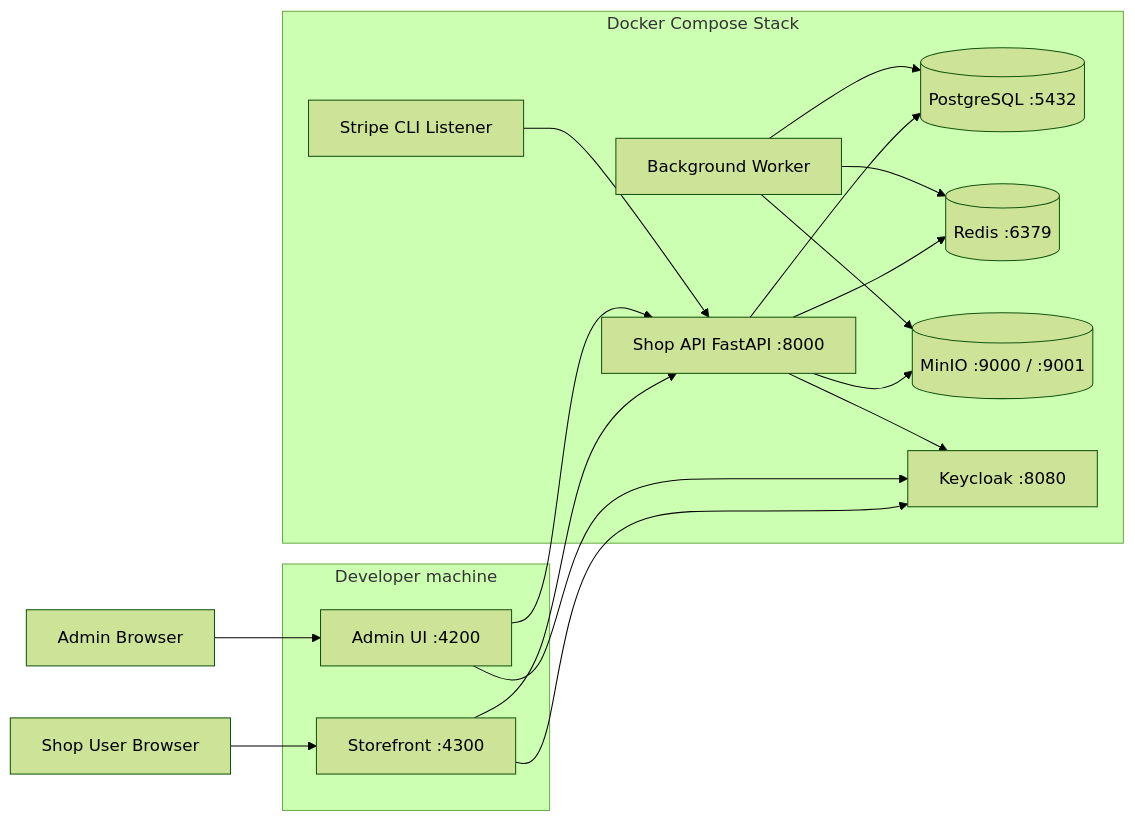
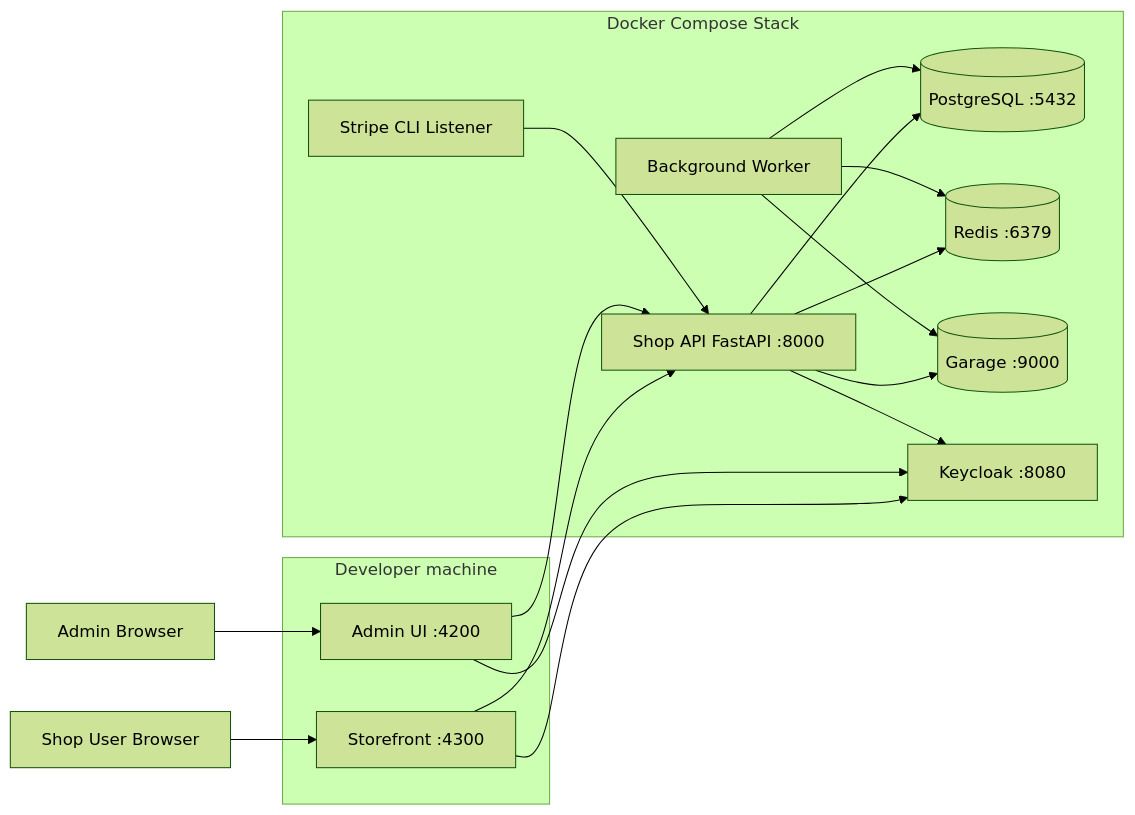
One commit to OpenTaberna/wiki changed the second of 2 diagrams in home.md. Above: the diagram before and after it, drawn with Mermaid (forest theme). The commit also changed other lines of this file and 5 other files, not shown here.

First line of the commit message:
docs: document Garage instead of MinIO as the object store (#16)

````diff
--- a/home.md
+++ b/home.md
@@ -144,42 +144,42 @@
 ```mermaid
 graph LR
 
 User[Shop User Browser]
 AdminUser[Admin Browser]
 
 subgraph Host[Developer machine]
   DemoUI[Storefront :4300]
   AdminUI[Admin UI :4200]
 end
 
 subgraph DockerHost[Docker Compose Stack]
   API[Shop API FastAPI :8000]
   Worker[Background Worker]
   StripeCLI[Stripe CLI Listener]
 
   DB[(PostgreSQL :5432)]
   Redis[(Redis :6379)]
-  Minio[(MinIO :9000 / :9001)]
+  Garage[(Garage :9000)]
   Keycloak[Keycloak :8080]
 end
 
 User --> DemoUI
 AdminUser --> AdminUI
 
 DemoUI --> API
 AdminUI --> API
 
 DemoUI --> Keycloak
 AdminUI --> Keycloak
 
 API --> DB
 API --> Redis
-API --> Minio
+API --> Garage
 API --> Keycloak
 
 Worker --> DB
 Worker --> Redis
-Worker --> Minio
+Worker --> Garage
 
 StripeCLI --> API
 ```
````
